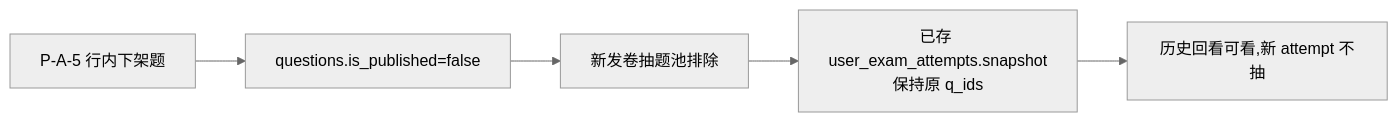
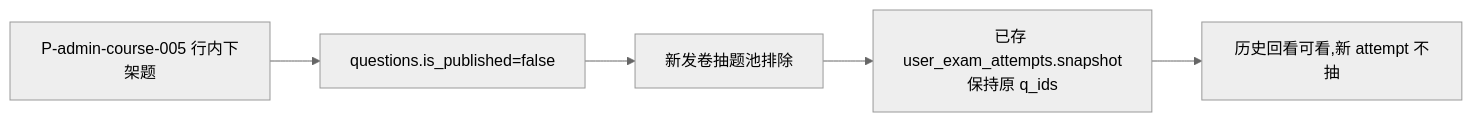
The third of 7 diagrams in docs/C01-requirements/course/flows/exception-flow.md (foryou2026/chinese), drawn with Mermaid (neutral theme) before and after one commit. The commit also changed other lines of this file and 423 other files, not shown here.

````diff
--- a/docs/C01-requirements/course/flows/exception-flow.md
+++ b/docs/C01-requirements/course/flows/exception-flow.md
@@ -32,7 +32,7 @@
 ```mermaid
 flowchart LR
-  A[P-A-5 行内下架题] --> B[questions.is_published=false]
+  A[P-admin-course-005 行内下架题] --> B[questions.is_published=false]
   B --> C[新发卷抽题池排除]
   C --> D[已存 user_exam_attempts.snapshot<br/>保持原 q_ids]
   D --> E[历史回看可看,新 attempt 不抽]
 ```
````
